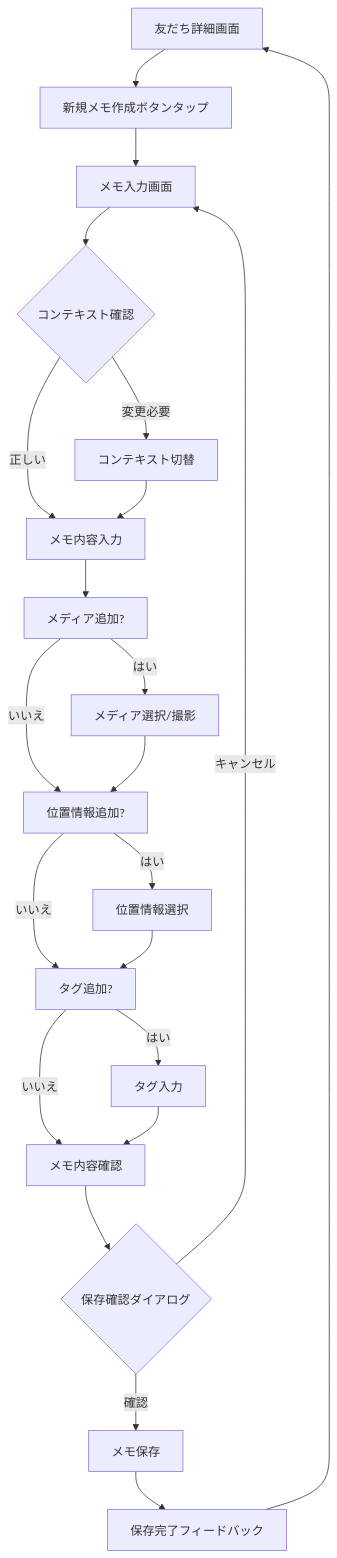
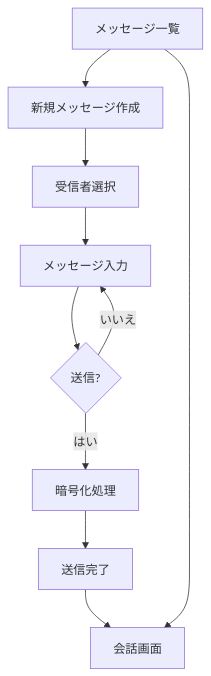
One commit to hamatz/tech_doc changed the eighth of 11 diagrams in uiux_book.md. Above: the diagram before and after it, drawn with Mermaid. The commit also changed other lines of this file, not shown here.

````````diff
--- a/uiux_book.md
+++ b/uiux_book.md
@@ -1267,24 +1047,12 @@
 ```mermaid
 graph TD
-    A[友だち詳細画面] --> B[新規メモ作成ボタンタップ]
-    B --> C[メモ入力画面]
-    C --> D{コンテキスト確認}
-    D -->|正しい| E[メモ内容入力]
-    D -->|変更必要| F[コンテキスト切替]
-    F --> E
-    E --> G[メディア追加?]
-    G -->|はい| H[メディア選択/撮影]
-    G -->|いいえ| I[位置情報追加?]
-    H --> I
-    I -->|はい| J[位置情報選択]
-    I -->|いいえ| K[タグ追加?]
-    J --> K
-    K -->|はい| L[タグ入力]
-    K -->|いいえ| M[メモ内容確認]
-    L --> M
-    M --> N{保存確認ダイアログ}
-    N -->|確認| O[メモ保存]
-    N -->|キャンセル| C
-    O --> P[保存完了フィードバック]
-    P --> A
-```````
+    A[メッセージ一覧] --> B[新規メッセージ作成]
+    B --> C[受信者選択]
+    C --> D[メッセージ入力]
+    D --> E{送信?}
+    E -->|はい| F[暗号化処理]
+    F --> G[送信完了]
+    E -->|いいえ| D
+    G --> H[会話画面]
+    A --> H
+```
````````
